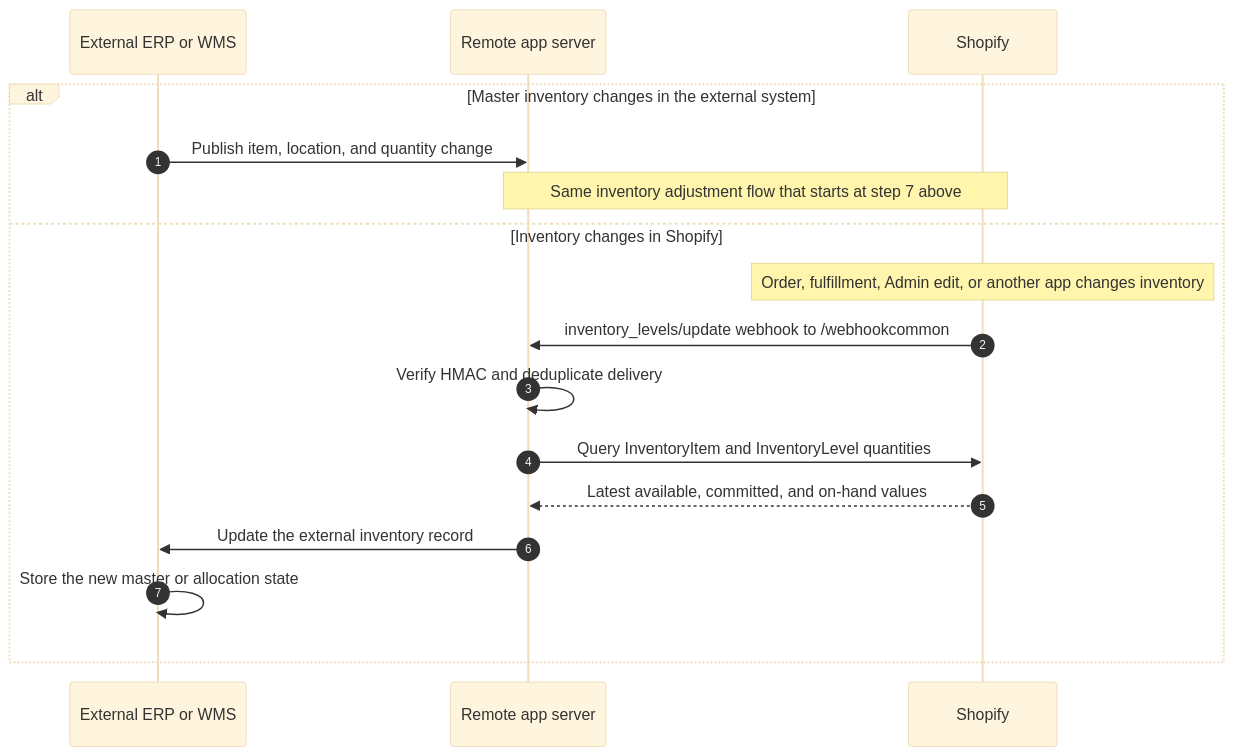
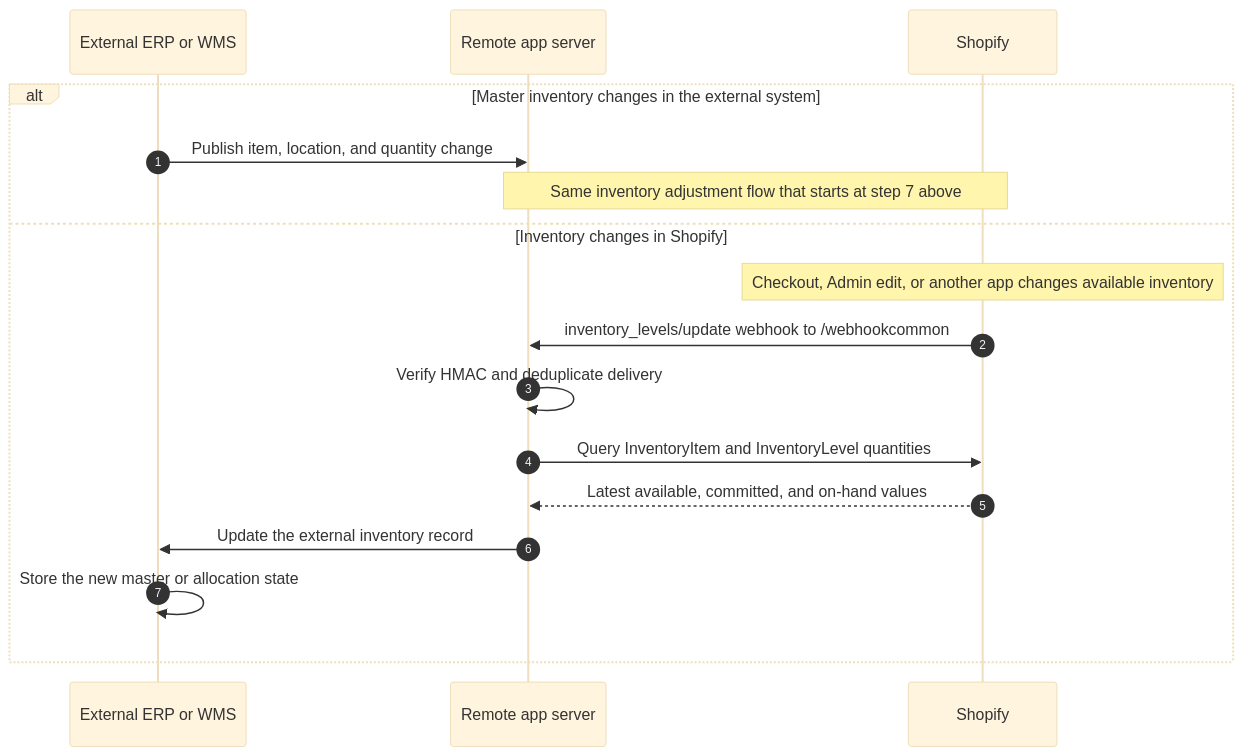
One commit to benzookapi/shopify-barebone-app-sample changed the third of 4 diagrams in docs/13-ordermanage.md. Above: the diagram before and after it, drawn with Mermaid (base theme). The commit also changed other lines of this file, not shown here.

Commit message:
Correct fulfillment inventory webhook guidance

````diff
--- a/docs/13-ordermanage.md
+++ b/docs/13-ordermanage.md
@@ -76,20 +76,20 @@
 ```mermaid
 sequenceDiagram
     autonumber
     participant ERP as External ERP or WMS
     participant App as Remote app server
     participant Shopify as Shopify
 
     alt Master inventory changes in the external system
         ERP->>App: Publish item, location, and quantity change
         Note over App,Shopify: Same inventory adjustment flow that starts at step 7 above
     else Inventory changes in Shopify
-        Note over Shopify: Order, fulfillment, Admin edit, or another app changes inventory
+        Note over Shopify: Checkout, Admin edit, or another app changes available inventory
         Shopify->>App: inventory_levels/update webhook to /webhookcommon
         App->>App: Verify HMAC and deduplicate delivery
         App->>Shopify: Query InventoryItem and InventoryLevel quantities
         Shopify-->>App: Latest available, committed, and on-hand values
         App->>ERP: Update the external inventory record
         ERP->>ERP: Store the new master or allocation state
     end
 ```
````
